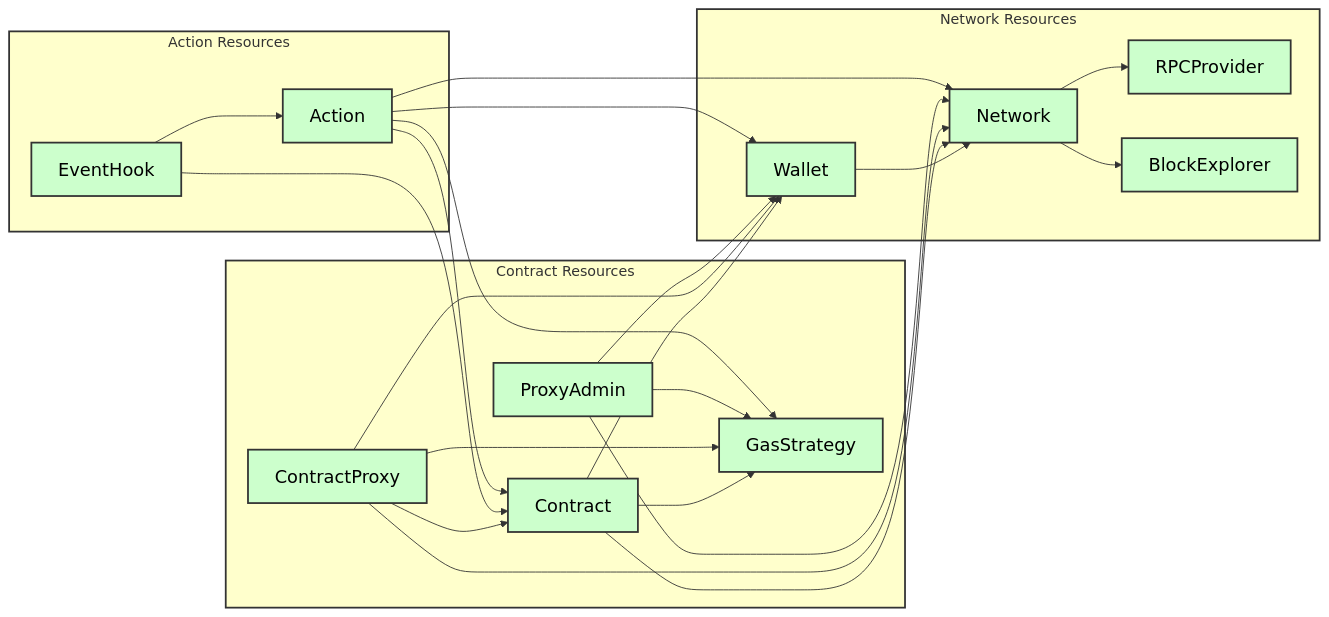
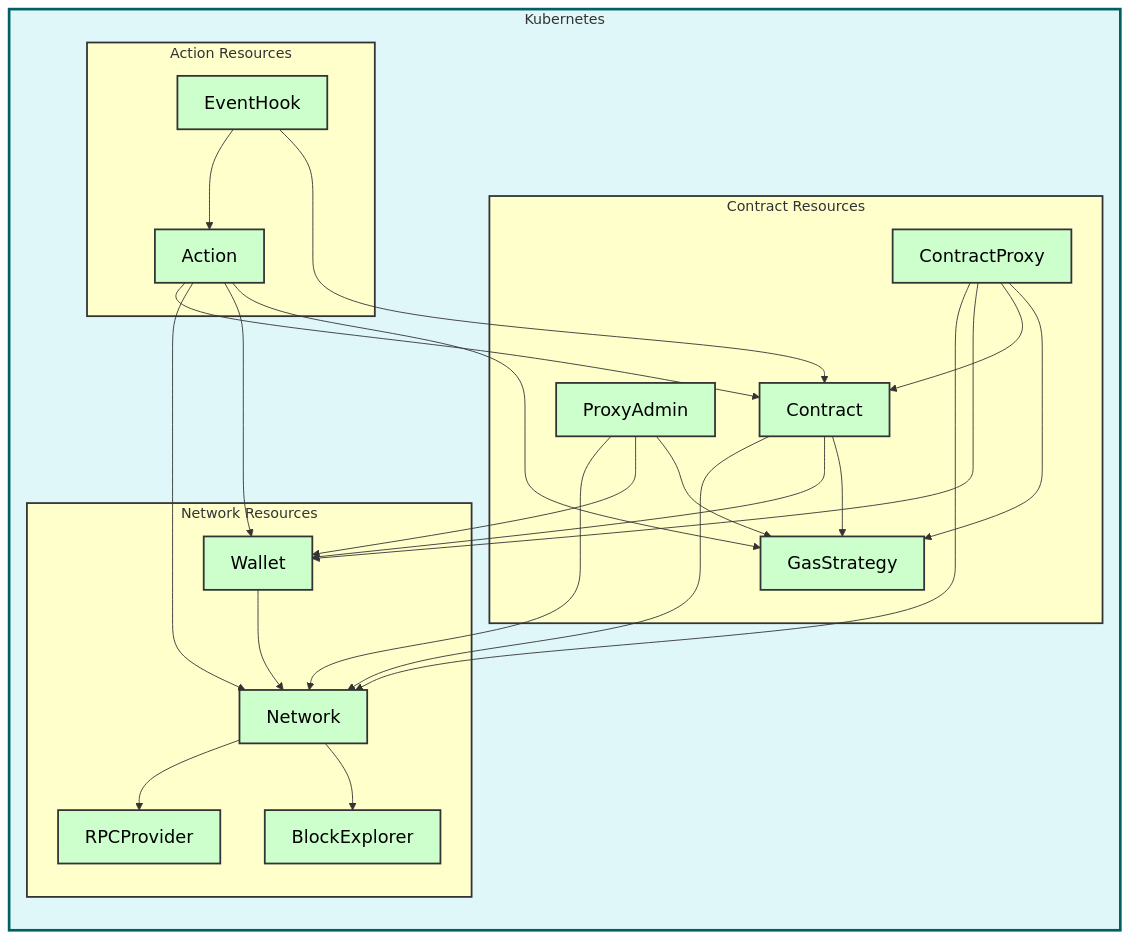
Before and after one commit to expedio-blockchain/Kontract: the diagram in README.md, drawn with Mermaid.

Commit message:
add diagram

````diff
--- a/README.md
+++ b/README.md
@@ -59,49 +59,56 @@
 ```mermaid
 graph LR
 %% Define the style for subgraph and component boxes
 classDef componentBox fill:#ccffcc,stroke:#333,stroke-width:2px,font-size:20px,color:#000;
+classDef mainBox fill:#e0f7fa,stroke:#006064,stroke-width:3px,font-size:24px,color:#000,margin:20px;
 
-    %% Grouping related resources in subgraphs with enhanced readability
-    subgraph Network_Resources["Network Resources"]
-        style Network_Resources fill:#ffffcc,stroke:#333,stroke-width:2px;
-        Network:::componentBox --> RPCProvider:::componentBox
-        Network --> BlockExplorer:::componentBox
-        Wallet:::componentBox --> Network
-    end
+    %% Main encompassing subgraph for Kubernetes
+    subgraph Kubernetes["Kubernetes"]
+        style Kubernetes fill:#e0f7fa,stroke:#006064,stroke-width:3px;
 
-    subgraph Contract_Resources["Contract Resources"]
-        style Contract_Resources fill:#ffffcc,stroke:#333,stroke-width:2px;
-        Contract:::componentBox --> Network
-        Contract --> Wallet
-        Contract --> GasStrategy:::componentBox
-        ContractProxy:::componentBox --> Network
-        ContractProxy --> Wallet
-        ContractProxy --> Contract
-        ContractProxy --> GasStrategy
-        ProxyAdmin:::componentBox --> Network
-        ProxyAdmin --> Wallet
-        ProxyAdmin --> GasStrategy
-    end
+        %% Grouping related resources in subgraphs with enhanced readability
+        subgraph Network_Resources["Network Resources"]
+            style Network_Resources fill:#ffffcc,stroke:#333,stroke-width:2px;
+            Network:::componentBox --> RPCProvider:::componentBox
+            Network --> BlockExplorer:::componentBox
+            Wallet:::componentBox --> Network
+        end
 
-    subgraph Action_Event_Resources["Action Resources"]
-        style Action_Event_Resources fill:#ffffcc,stroke:#333,stroke-width:2px;
-        EventHook:::componentBox --> Action:::componentBox
-        EventHook --> Contract
-        Action --> Contract
-        Action --> Network
-        Action --> Wallet
-        Action --> GasStrategy
+        subgraph Contract_Resources["Contract Resources"]
+            style Contract_Resources fill:#ffffcc,stroke:#333,stroke-width:2px;
+            Contract:::componentBox --> Network
+            Contract --> Wallet
+            Contract --> GasStrategy:::componentBox
+            ContractProxy:::componentBox --> Network
+            ContractProxy --> Wallet
+            ContractProxy --> Contract
+            ContractProxy --> GasStrategy
+            ProxyAdmin:::componentBox --> Network
+            ProxyAdmin --> Wallet
+            ProxyAdmin --> GasStrategy
+        end
+
+        subgraph Action_Event_Resources["Action Resources"]
+            style Action_Event_Resources fill:#ffffcc,stroke:#333,stroke-width:2px;
+            EventHook:::componentBox --> Action:::componentBox
+            EventHook --> Contract
+            Action --> Contract
+            Action --> Network
+            Action --> Wallet
+            Action --> GasStrategy
+        end
     end
 
     %% Adding links to resources
     click RPCProvider "https://github.com/expedio-blockchain/KontractDeployer#rpcprovider" "Go to RPCProvider section"
     click BlockExplorer "https://github.com/expedio-blockchain/KontractDeployer#blockexplorer" "Go to BlockExplorer section"
     click Network "https://github.com/expedio-blockchain/KontractDeployer#network" "Go to Network section"
     click Wallet "https://github.com/expedio-blockchain/KontractDeployer#wallet" "Go to Wallet section"
     click Contract "https://github.com/expedio-blockchain/KontractDeployer#contract" "Go to Contract section"
     click ContractProxy "https://github.com/expedio-blockchain/KontractDeployer#contractproxy" "Go to ContractProxy section"
     click ProxyAdmin "https://github.com/expedio-blockchain/KontractDeployer#proxyadmin" "Go to ProxyAdmin section"
     click Action "https://github.com/expedio-blockchain/KontractDeployer#action" "Go to Action section"
     click EventHook "https://github.com/expedio-blockchain/KontractDeployer#eventhook" "Go to EventHook section"
     click GasStrategy "https://github.com/expedio-blockchain/KontractDeployer#gasstrategy" "Go to GasStrategy section"
+
 ```
````
